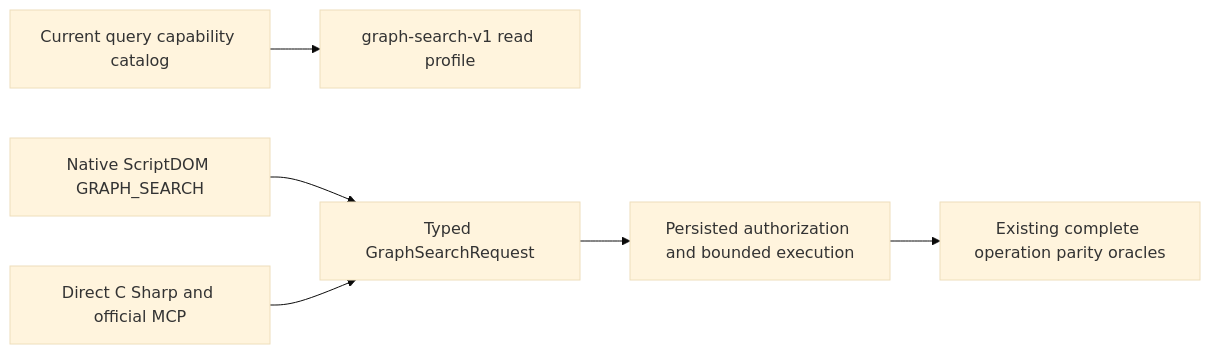
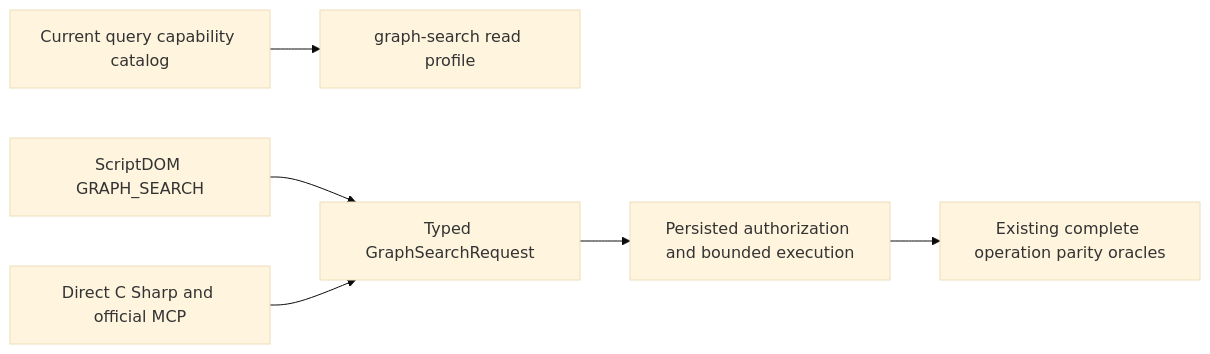
One commit to managedcode/KeyLoad changed the diagram in docs/Features/QueryExecution/ScriptDomGraphCapabilities.md. Above: the diagram before and after it, drawn with Mermaid (base theme). The commit also changed other lines of this file and 9016 other files, not shown here.

````diff
--- a/docs/Features/QueryExecution/ScriptDomGraphCapabilities.md
+++ b/docs/Features/QueryExecution/ScriptDomGraphCapabilities.md
@@ -22,8 +22,8 @@
 ```mermaid
 flowchart LR
-    Manifest[Current query capability catalog] --> Profile[graph-search-v1 read profile]
-    Native[Native ScriptDOM GRAPH_SEARCH] --> Typed[Typed GraphSearchRequest]
+    Manifest[Current query capability catalog] --> Profile[graph-search read profile]
+    Execution[ScriptDOM GRAPH_SEARCH] --> Typed[Typed GraphSearchRequest]
     Direct[Direct C Sharp and official MCP] --> Typed
     Typed --> Authority[Persisted authorization and bounded execution]
     Authority --> Oracle[Existing complete operation parity oracles]
 ```
````
